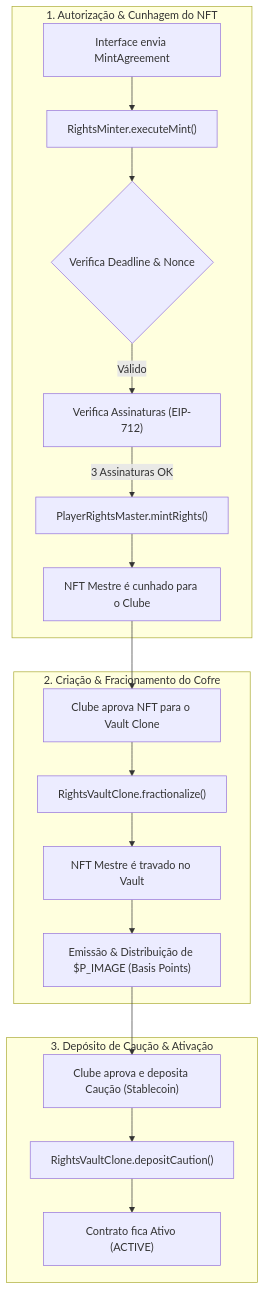
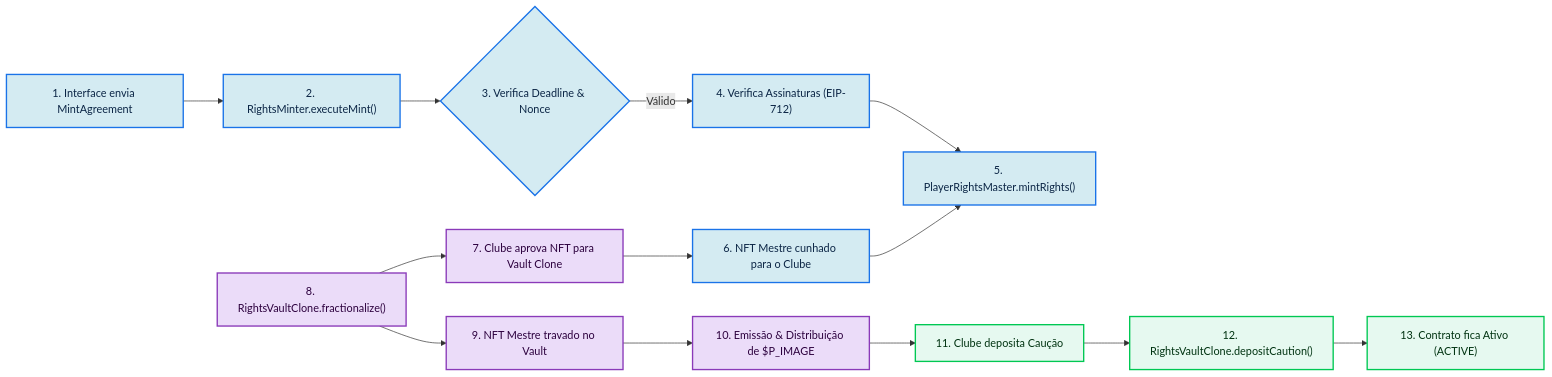
Before and after one commit to wnccys/ePass: the second of 2 diagrams in README.md, drawn with Mermaid. The commit also changed other lines of this file and 9 other files, not shown here.

````diff
--- a/README.md
+++ b/README.md
@@ -76,23 +104,36 @@
 ```mermaid
-flowchart TD
-    subgraph Registro["1. Autorização & Cunhagem do NFT"]
-        A["Interface envia MintAgreement"] --> B["RightsMinter.executeMint()"]
-        B --> C{"Verifica Deadline & Nonce"}
-        C -->|Válido| D["Verifica Assinaturas (EIP-712)"]
-        D -->|3 Assinaturas OK| E["PlayerRightsMaster.mintRights()"]
-        E --> F["NFT Mestre é cunhado para o Clube"]
-    end
+flowchart LR
+    %% Nodes
+    A["1. Interface envia MintAgreement"]
+    B["2. RightsMinter.executeMint()"]
+    C{"3. Verifica Deadline & Nonce"}
+    D["4. Verifica Assinaturas (EIP-712)"]
+    E["5. PlayerRightsMaster.mintRights()"]
+    F["6. NFT Mestre cunhado para o Clube"]
+    G["7. Clube aprova NFT para Vault Clone"]
+    H["8. RightsVaultClone.fractionalize()"]
+    I["9. NFT Mestre travado no Vault"]
+    J["10. Emissão & Distribuição de $P_IMAGE"]
+    K["11. Clube deposita Caução"]
+    L["12. RightsVaultClone.depositCaution()"]
+    M["13. Contrato fica Ativo (ACTIVE)"]
 
-    subgraph Fracionamento["2. Criação & Fracionamento do Cofre"]
-        F --> G["Clube aprova NFT para o Vault Clone"]
-        G --> H["RightsVaultClone.fractionalize()"]
-        H --> I["NFT Mestre é travado no Vault"]
-        I --> J["Emissão & Distribuição de $P_IMAGE (Basis Points)"]
-    end
+    %% S-Shape Connections
+    A --> B --> C
+    C -->|Válido| D --> E
+    F --> E
+    G --> F
+    H --> G
+    H --> I
+    I --> J --> K --> L --> M
 
-    subgraph Ativacao["3. Depósito de Caução & Ativação"]
-        J --> K["Clube aprova e deposita Caução (Stablecoin)"]
-        K --> L["RightsVaultClone.depositCaution()"]
-        L --> M["Contrato fica Ativo (ACTIVE)"]
-    end
+    %% Estilização (Classes)
+    classDef regStyle fill:#d4ebf2,stroke:#1a73e8,stroke-width:2px,color:#0b2545;
+    classDef fracStyle fill:#ebdcf9,stroke:#8a3ab9,stroke-width:2px,color:#2c003e;
+    classDef activeStyle fill:#e6f9f0,stroke:#00c853,stroke-width:2px,color:#003311;
+
+    %% Aplicação dos Estilos
+    class A,B,C,D,E,F regStyle;
+    class G,H,I,J fracStyle;
+    class K,L,M activeStyle;
 ```
````
